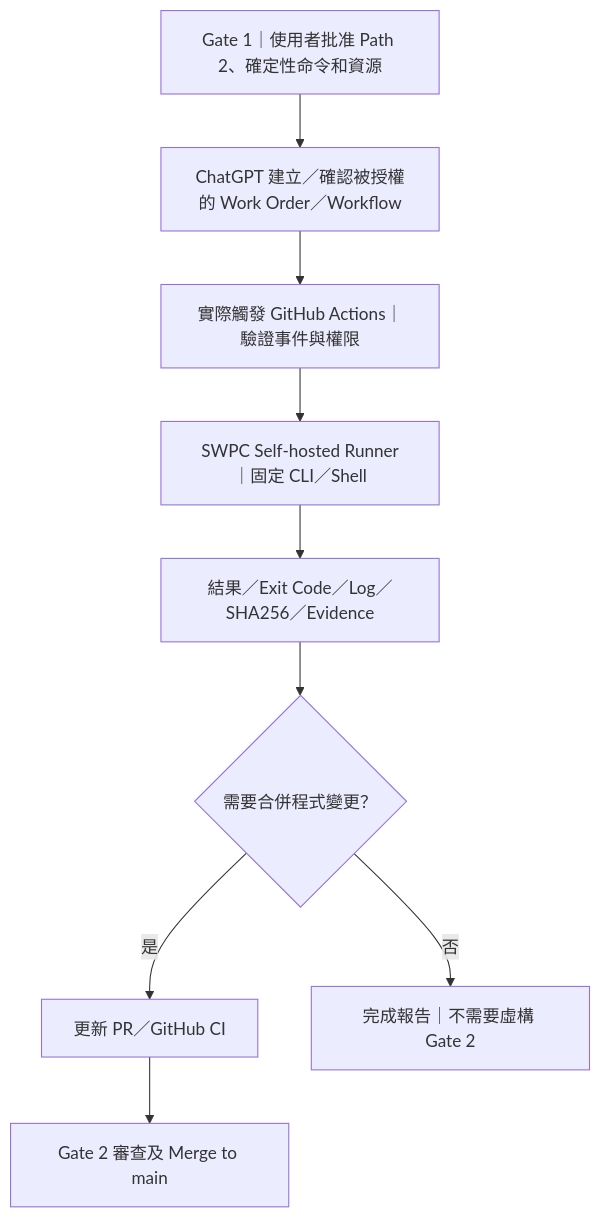
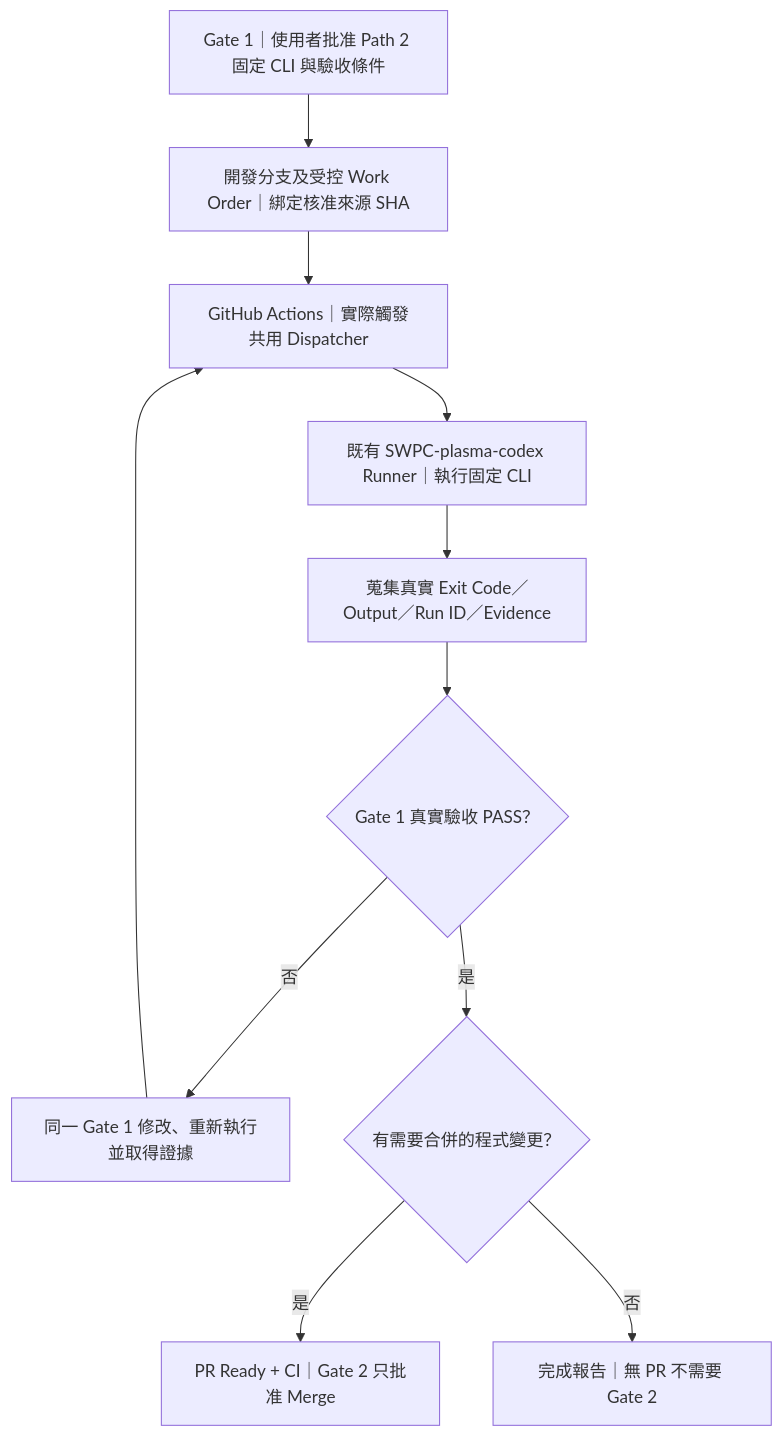
Before and after one commit to physicslu/plasma: the second of 3 diagrams in docs/development/plasma-three-path-execution-model.md, drawn with Mermaid. The commit also changed other lines of this file, not shown here.

Commit message:
docs(model): put real Path 2/3 test and ChatGPT evidence review before Gate 2 merge

````diff
--- a/docs/development/plasma-three-path-execution-model.md
+++ b/docs/development/plasma-three-path-execution-model.md
@@ -44,15 +47,18 @@
 ```mermaid
 flowchart TD
-  A["Gate 1｜使用者批准 Path 2、確定性命令和資源"]
-  B["ChatGPT 建立／確認被授權的 Work Order／Workflow"]
-  C["實際觸發 GitHub Actions｜驗證事件與權限"]
-  D["SWPC Self-hosted Runner｜固定 CLI／Shell"]
-  E["結果／Exit Code／Log／SHA256／Evidence"]
-  F{"需要合併程式變更？"}
-  G["更新 PR／GitHub CI"]
-  H["Gate 2 審查及 Merge to main"]
-  I["完成報告｜不需要虛構 Gate 2"]
+  A["Gate 1｜使用者批准 Path 2 固定 CLI 與驗收條件"]
+  B["開發分支及受控 Work Order｜綁定核准來源 SHA"]
+  C["GitHub Actions｜實際觸發共用 Dispatcher"]
+  D["既有 SWPC-plasma-codex Runner｜執行固定 CLI"]
+  E["蒐集真實 Exit Code／Output／Run ID／Evidence"]
+  F{"Gate 1 真實驗收 PASS？"}
+  G["同一 Gate 1 修改、重新執行並取得證據"]
+  H{"有需要合併的程式變更？"}
+  I["PR Ready + CI｜Gate 2 只批准 Merge"]
+  J["完成報告｜無 PR 不需要 Gate 2"]
   A --> B --> C --> D --> E --> F
-  F -- "是" --> G --> H
-  F -- "否" --> I
+  F -- "否" --> G --> C
+  F -- "是" --> H
+  H -- "是" --> I
+  H -- "否" --> J
 ```
````
